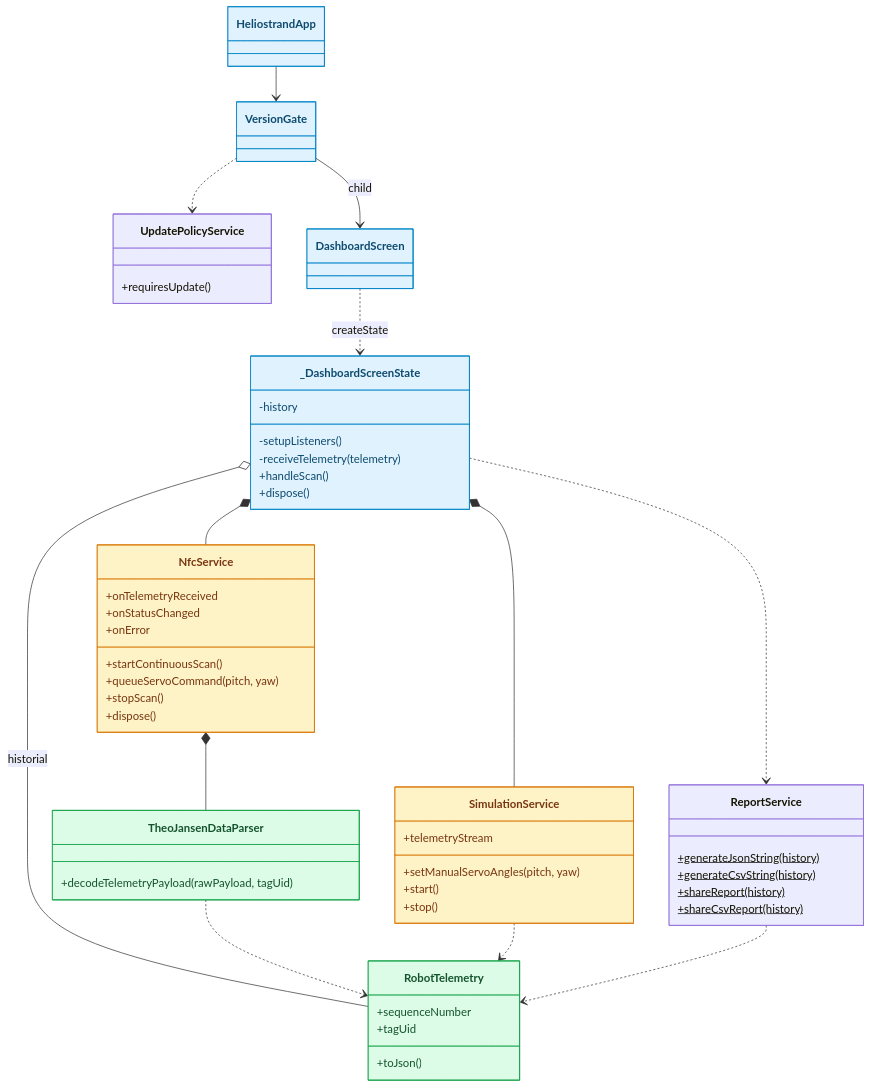
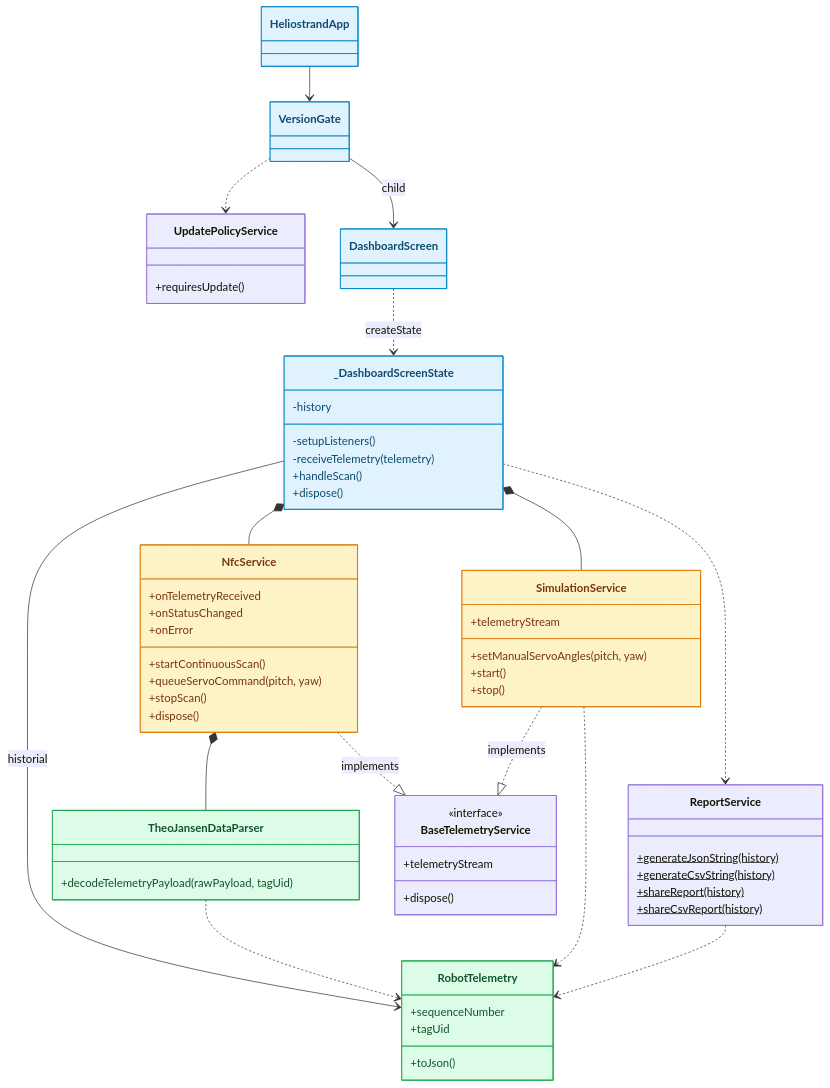
One commit to RamsesCB/heliostrand-nfc-core-cpp changed the ninth of 15 diagrams in README.md. Above: the diagram before and after it, drawn with Mermaid. The commit also changed other lines of this file and 23 other files, not shown here.

Commit message:
docs(uml): ordenar conexiones en Astah y Draw.io y sincronizar modelos

````diff
--- a/README.md
+++ b/README.md
@@ -345,66 +345,73 @@
 ```mermaid
 classDiagram
     direction TB
     class HeliostrandApp
     class VersionGate
     class UpdatePolicyService {
         +requiresUpdate()
     }
     class DashboardScreen
     class _DashboardScreenState {
         -history
         -setupListeners()
         -receiveTelemetry(telemetry)
         +handleScan()
         +dispose()
     }
     class NfcService {
         +onTelemetryReceived
         +onStatusChanged
         +onError
         +startContinuousScan()
         +queueServoCommand(pitch, yaw)
         +stopScan()
         +dispose()
     }
     class SimulationService {
         +telemetryStream
         +setManualServoAngles(pitch, yaw)
         +start()
         +stop()
     }
     class TheoJansenDataParser {
         +decodeTelemetryPayload(rawPayload, tagUid)
     }
     class RobotTelemetry {
         +sequenceNumber
         +tagUid
         +toJson()
     }
     class ReportService {
         +generateJsonString(history)$
         +generateCsvString(history)$
         +shareReport(history)$
         +shareCsvReport(history)$
     }
     HeliostrandApp --> VersionGate
     VersionGate ..> UpdatePolicyService
     VersionGate --> DashboardScreen : child
     DashboardScreen ..> _DashboardScreenState : createState
     _DashboardScreenState *-- NfcService
     _DashboardScreenState *-- SimulationService
-    _DashboardScreenState o-- RobotTelemetry : historial
+    _DashboardScreenState --> RobotTelemetry : historial
     _DashboardScreenState ..> ReportService
+    class BaseTelemetryService {
+        <<interface>>
+        +telemetryStream
+        +dispose()
+    }
+    NfcService ..|> BaseTelemetryService : implements
+    SimulationService ..|> BaseTelemetryService : implements
     NfcService *-- TheoJansenDataParser
     TheoJansenDataParser ..> RobotTelemetry
     SimulationService ..> RobotTelemetry
     ReportService ..> RobotTelemetry
     style HeliostrandApp fill:#E0F2FE,color:#0C4A6E,stroke:#0284C7
     style VersionGate fill:#E0F2FE,color:#0C4A6E,stroke:#0284C7
     style DashboardScreen fill:#E0F2FE,color:#0C4A6E,stroke:#0284C7
     style _DashboardScreenState fill:#E0F2FE,color:#0C4A6E,stroke:#0284C7
     style NfcService fill:#FEF3C7,color:#78350F,stroke:#D97706
     style SimulationService fill:#FEF3C7,color:#78350F,stroke:#D97706
     style TheoJansenDataParser fill:#DCFCE7,color:#14532D,stroke:#16A34A
     style RobotTelemetry fill:#DCFCE7,color:#14532D,stroke:#16A34A
 ```
````
